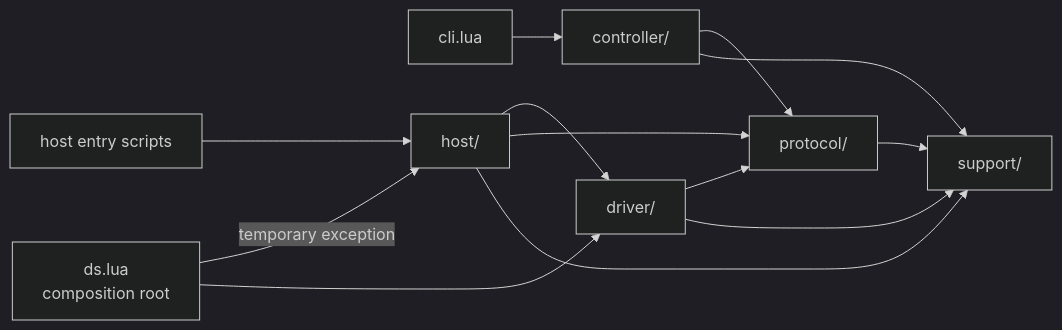
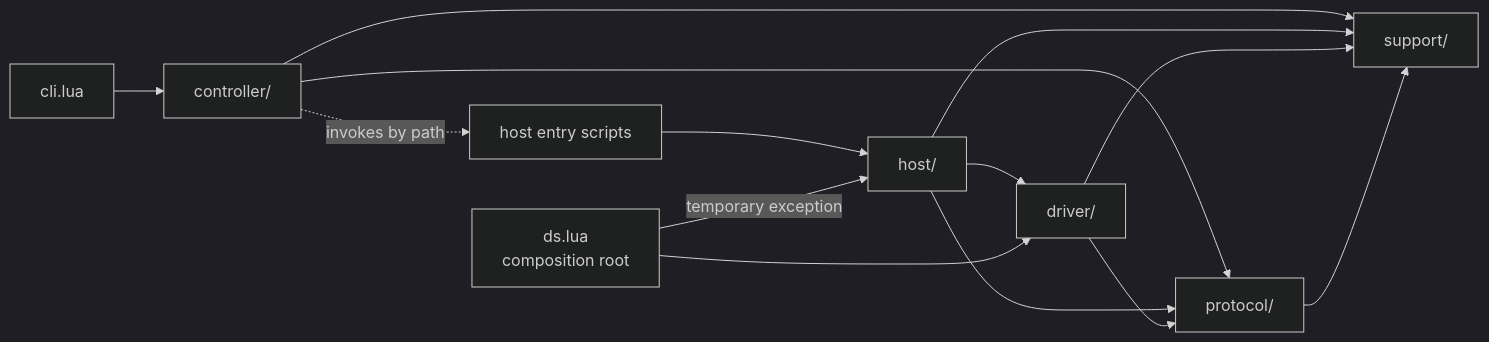
The second of 4 diagrams in docs/source-organization-proposal.md (dsisco11/DwarfSpec), drawn with Mermaid (dark theme) before and after one commit. The commit also changed other lines of this file, not shown here.

````diff
--- a/docs/source-organization-proposal.md
+++ b/docs/source-organization-proposal.md
@@ -71,15 +74,16 @@
 ```mermaid
 flowchart LR
     cli["cli.lua"] --> controller["controller/"]
-    entry["host entry scripts"] --> host["host/"]
+    controller -.->|invokes by path| entry["host entry scripts"]
+    entry --> host["host/"]
     controller --> protocol["protocol/"]
     controller --> support["support/"]
     host --> driver["driver/"]
     host --> protocol
     host --> support
     driver --> protocol
     driver --> support
     protocol --> support
     ds["ds.lua<br/>composition root"] -->|temporary exception| host
     ds --> driver
 ```
````
